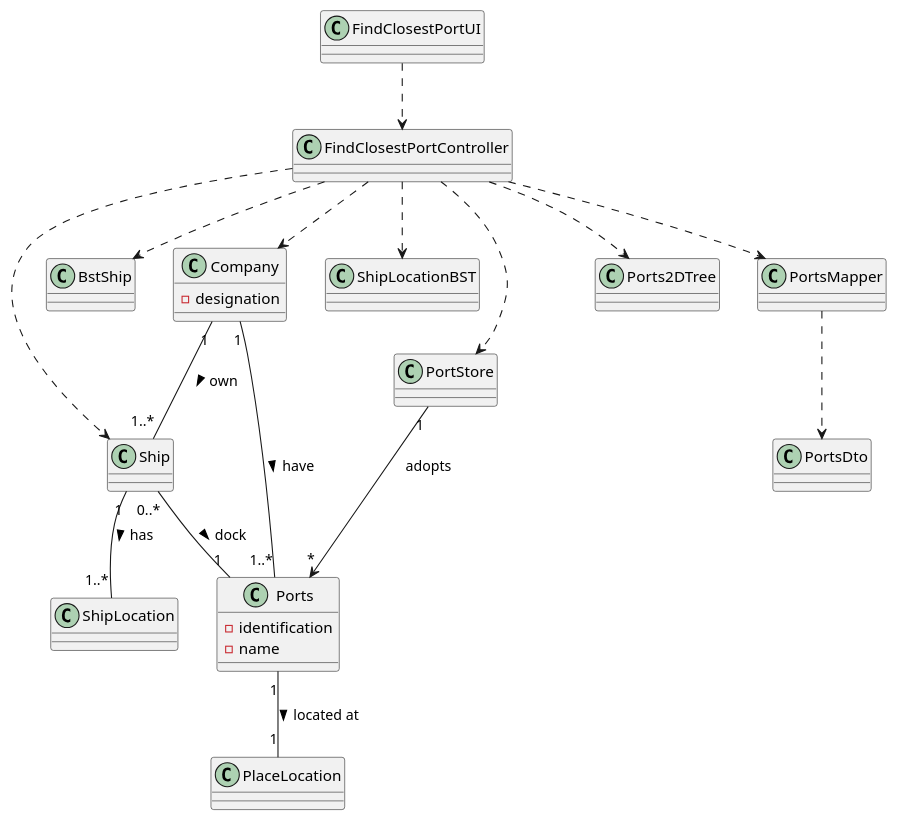
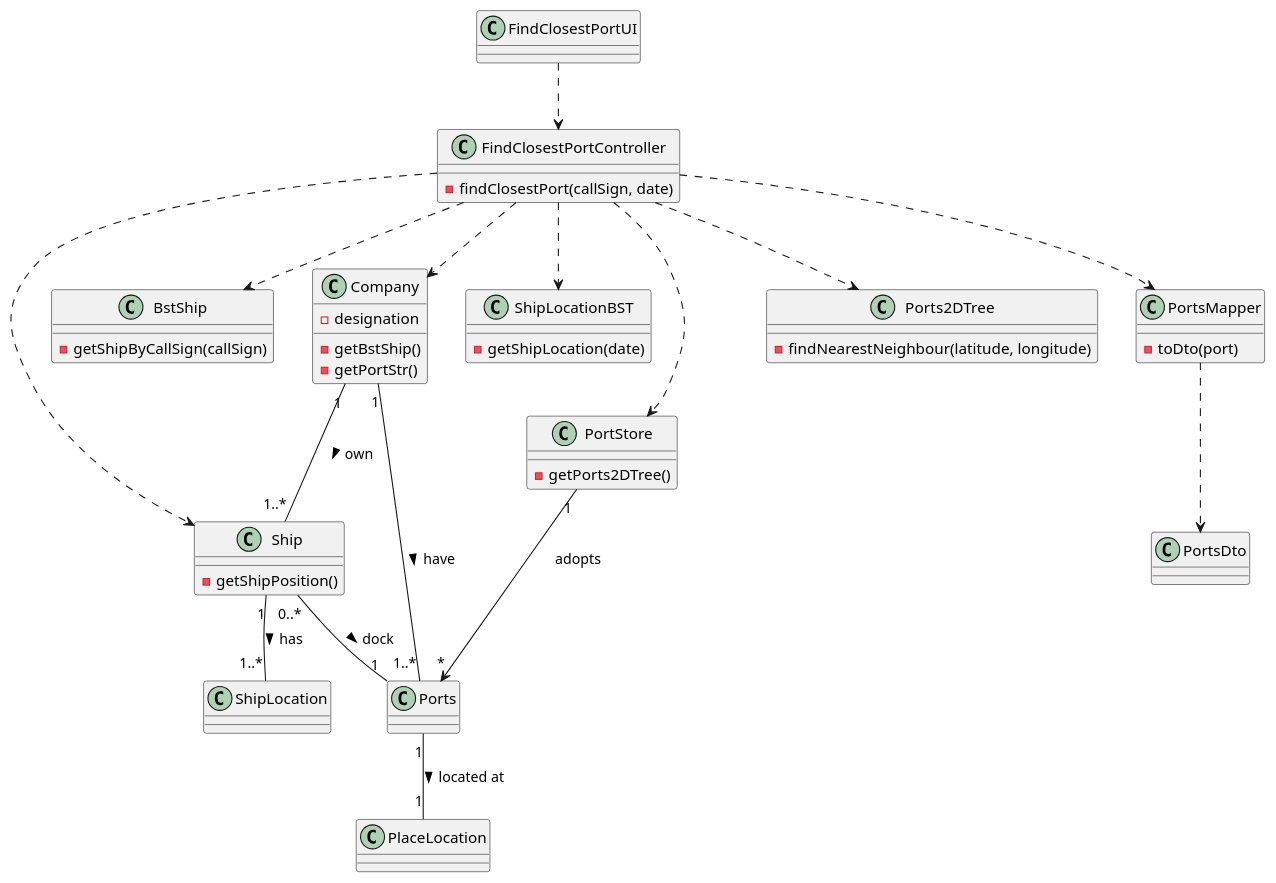
The diagram in docs/US202/US202_CD.puml (0franciscor/lapr3-2021-g042), drawn with PlantUML before and after one commit. The commit also changed 1 other file, not shown here.

```diff
--- a/docs/US202/US202_CD.puml
+++ b/docs/US202/US202_CD.puml
@@ -1,69 +1,73 @@
 @startuml
 'https://plantuml.com/class-diagram
 
 class FindClosestPortUI {}
 
 class FindClosestPortController {
+-findClosestPort(callSign, date)
 
 }
 
 class Company {
 -designation
+-getBstShip()
+-getPortStr()
 }
 
 class BstShip {
-
+-getShipByCallSign(callSign)
 }
 
 class Ship {
-
+-getShipPosition()
 }
 
 class ShipLocationBST {
-
+-getShipLocation(date)
 }
 
 class ShipLocation {
 
 }
 
 class Ports {
--identification
--name
+
 }
 
 
 class PortStore {
+-getPorts2DTree()
 }
 
 class Ports2DTree {
-
+-findNearestNeighbour(latitude, longitude)
 }
 
 class PortsMapper {
+-toDto(port)
 }
 
 class PortsDto {
 }
 
 Company "1"--"1..*" Ports: have >
 Company "1"--"1..*" Ship: own >
 
 Ship "0..*"--"1" Ports: dock >
 Ship "1" -- "1..*" ShipLocation : has >
 
 Ports "1" -- "1" PlaceLocation : located at >
 
 FindClosestPortUI ..> FindClosestPortController
 FindClosestPortController ..> Company
 FindClosestPortController ..> BstShip
 FindClosestPortController ..> Ship
 FindClosestPortController ..> ShipLocationBST
 FindClosestPortController ..> PortStore
 FindClosestPortController ..> Ports2DTree
 FindClosestPortController ..> PortsMapper
 PortsMapper ..> PortsDto
 PortStore "1"--> "*" Ports : adopts
 
 
 @enduml
```
